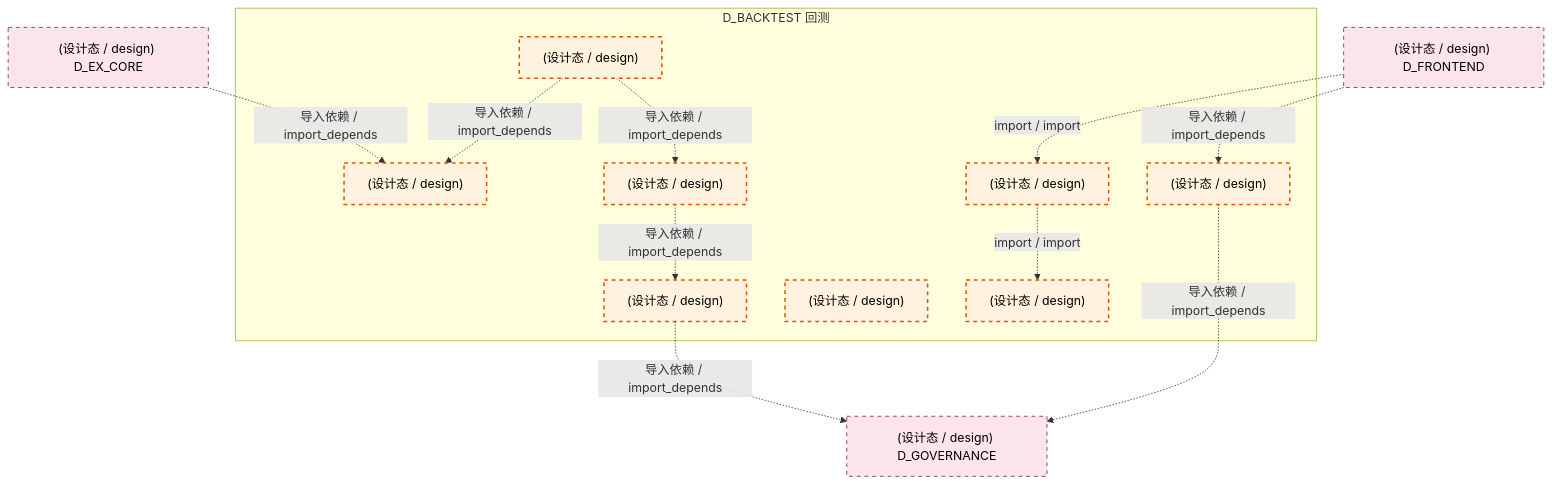
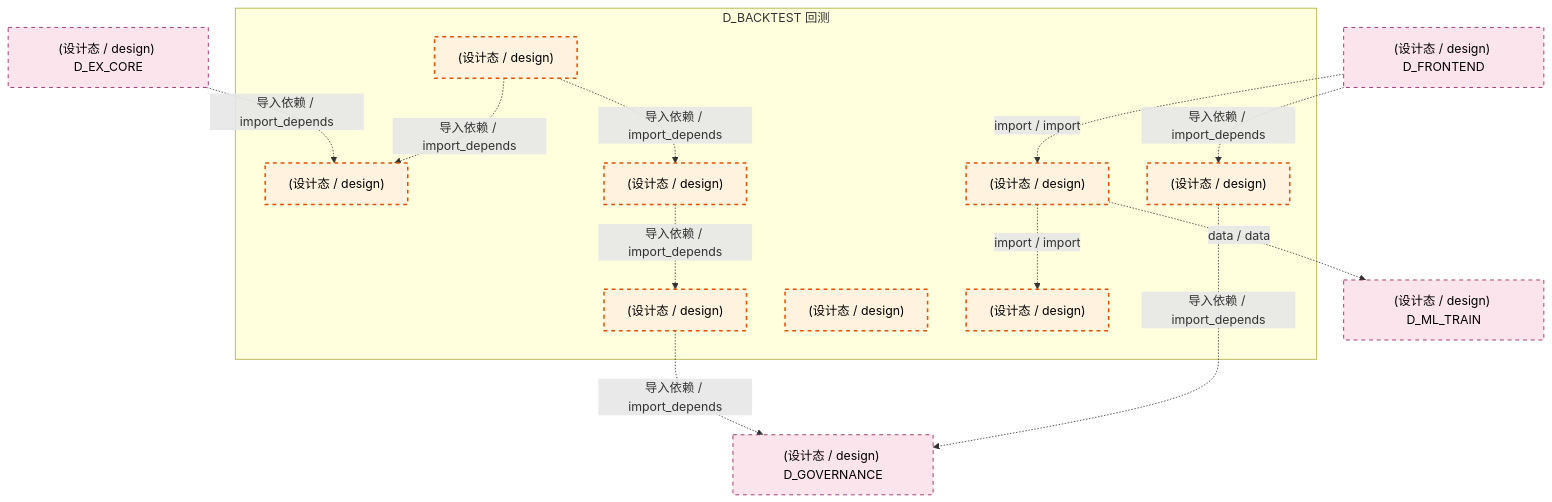
The fourth of 6 diagrams in docs/02_enterprise_architecture/02_domain_architecture_docs/30_d_backtest.md (xuanFelixVan/ZephyrAlpha), drawn with Mermaid before and after one commit. The commit also changed other lines of this file and 125 other files, not shown here.

````diff
--- a/docs/02_enterprise_architecture/02_domain_architecture_docs/30_d_backtest.md
+++ b/docs/02_enterprise_architecture/02_domain_architecture_docs/30_d_backtest.md
@@ -306,31 +308,33 @@
 ```mermaid
 graph TD
     subgraph D_BACKTEST["D_BACKTEST 回测"]
         src_zephyr_backtest_core_data_handler_py["(设计态 / design) "]
         src_zephyr_backtest_core_matching_engine_py["(设计态 / design) "]
         src_zephyr_backtest_core_matching_logic_py["(设计态 / design) "]
         src_zephyr_backtest_core_metrics_py["(设计态 / design) "]
         src_zephyr_backtest_core_portfolio_py["(设计态 / design) "]
         src_zephyr_backtest_core_tick_replay_py["(设计态 / design) "]
         src_zephyr_backtest_io_backtest_result_sink_py["(设计态 / design) "]
         src_zephyr_backtest_io_result_repository_py["(设计态 / design) "]
     end
     src_zephyr_backtest_core_portfolio_py -.->|导入依赖 / import_depends| src_zephyr_backtest_core_data_handler_py
     src_zephyr_backtest_core_matching_engine_py -.->|导入依赖 / import_depends| src_zephyr_backtest_core_portfolio_py
     src_zephyr_backtest_core_matching_engine_py -.->|导入依赖 / import_depends| src_zephyr_backtest_core_matching_logic_py
     src_zephyr_backtest_io_result_repository_py -.->|import / import| src_zephyr_backtest_io_backtest_result_sink_py
     D_GOVERNANCE["(设计态 / design) D_GOVERNANCE"]
     src_zephyr_backtest_core_tick_replay_py -.->|导入依赖 / import_depends| D_GOVERNANCE
     src_zephyr_backtest_core_data_handler_py -.->|导入依赖 / import_depends| D_GOVERNANCE
+    D_ML_TRAIN["(设计态 / design) D_ML_TRAIN"]
+    src_zephyr_backtest_io_result_repository_py -.->|data / data| D_ML_TRAIN
     D_FRONTEND["(设计态 / design) D_FRONTEND"]
     D_FRONTEND -.->|import / import| src_zephyr_backtest_io_result_repository_py
     D_EX_CORE["(设计态 / design) D_EX_CORE"]
     D_EX_CORE -.->|导入依赖 / import_depends| src_zephyr_backtest_core_matching_logic_py
     D_FRONTEND -.->|导入依赖 / import_depends| src_zephyr_backtest_core_tick_replay_py
     classDef production fill:#e1f5fe,stroke:#01579b,stroke-width:2px,color:#000
     classDef design fill:#fff3e0,stroke:#e65100,stroke-width:2px,color:#000,stroke-dasharray: 5 5
     classDef external_prod fill:#e8f5e9,stroke:#1b5e20,stroke-width:1px,color:#000
     classDef external_design fill:#fce4ec,stroke:#880e4f,stroke-width:1px,color:#000,stroke-dasharray: 5 5
     class src_zephyr_backtest_core_data_handler_py,src_zephyr_backtest_core_matching_engine_py,src_zephyr_backtest_core_matching_logic_py,src_zephyr_backtest_core_metrics_py,src_zephyr_backtest_core_portfolio_py,src_zephyr_backtest_core_tick_replay_py,src_zephyr_backtest_io_backtest_result_sink_py,src_zephyr_backtest_io_result_repository_py design
-    class D_GOVERNANCE,D_FRONTEND,D_EX_CORE external_design
+    class D_GOVERNANCE,D_ML_TRAIN,D_FRONTEND,D_EX_CORE external_design
 ```
````
